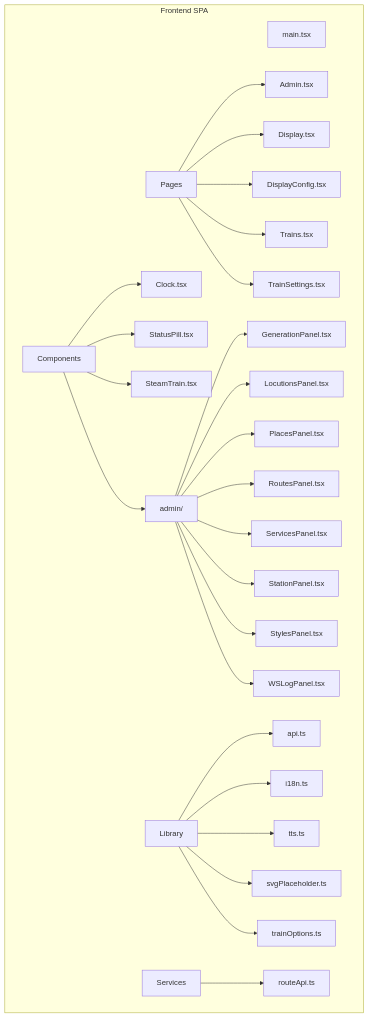
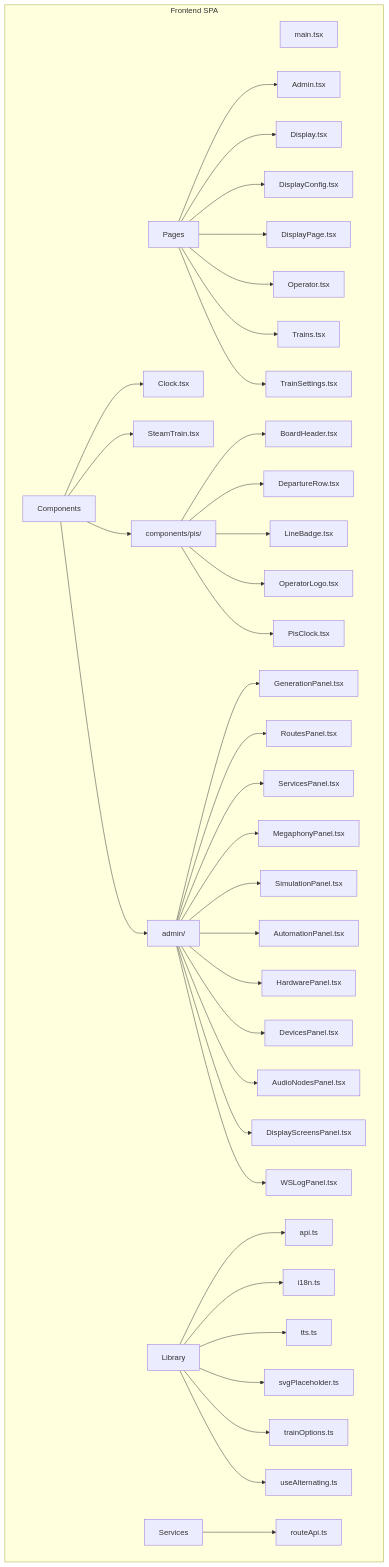
The fourth of 6 diagrams in docs/architecture.md (andreums/railboard), drawn with Mermaid before and after one commit. The commit also changed other lines of this file and 18 other files, not shown here.

````diff
--- a/docs/architecture.md
+++ b/docs/architecture.md
@@ -114,37 +113,48 @@
 ```mermaid
 graph TD
     subgraph Frontend SPA
         main.tsx
         pages[Pages]
         comp[Components]
         lib[Library]
         services[Services]
 
         pages --> Admin.tsx
         pages --> Display.tsx
         pages --> DisplayConfig.tsx
+        pages --> DisplayPage.tsx
+        pages --> Operator.tsx
         pages --> Trains.tsx
         pages --> TrainSettings.tsx
 
         comp --> Clock.tsx
-        comp --> StatusPill.tsx
         comp --> SteamTrain.tsx
+        comp --> pis[components/pis/]
+        pis --> BoardHeader.tsx
+        pis --> DepartureRow.tsx
+        pis --> LineBadge.tsx
+        pis --> OperatorLogo.tsx
+        pis --> PisClock.tsx
         comp --> admin[admin/]
         admin --> GenerationPanel.tsx
-        admin --> LocutionsPanel.tsx
-        admin --> PlacesPanel.tsx
         admin --> RoutesPanel.tsx
         admin --> ServicesPanel.tsx
-        admin --> StationPanel.tsx
-        admin --> StylesPanel.tsx
+        admin --> MegaphonyPanel.tsx
+        admin --> SimulationPanel.tsx
+        admin --> AutomationPanel.tsx
+        admin --> HardwarePanel.tsx
+        admin --> DevicesPanel.tsx
+        admin --> AudioNodesPanel.tsx
+        admin --> DisplayScreensPanel.tsx
         admin --> WSLogPanel.tsx
 
         lib --> api.ts
         lib --> i18n.ts
         lib --> tts.ts
         lib --> svgPlaceholder.ts
         lib --> trainOptions.ts
+        lib --> useAlternating.ts
 
         services --> routeApi.ts
     end
 ```
````
